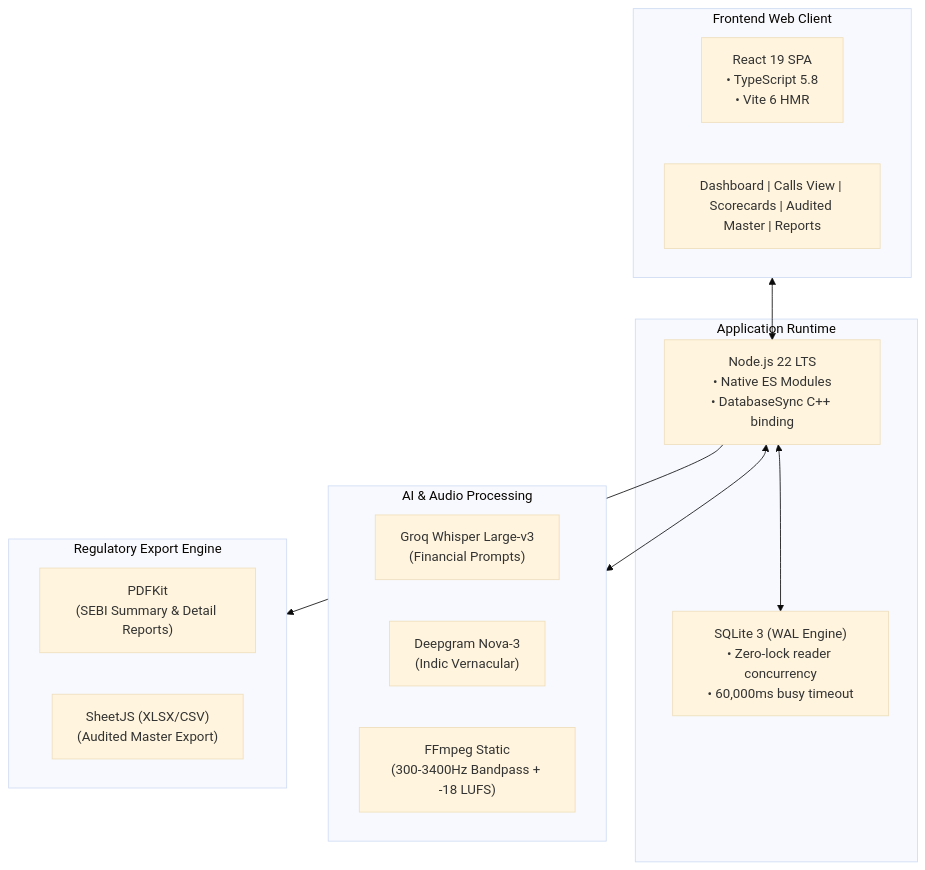
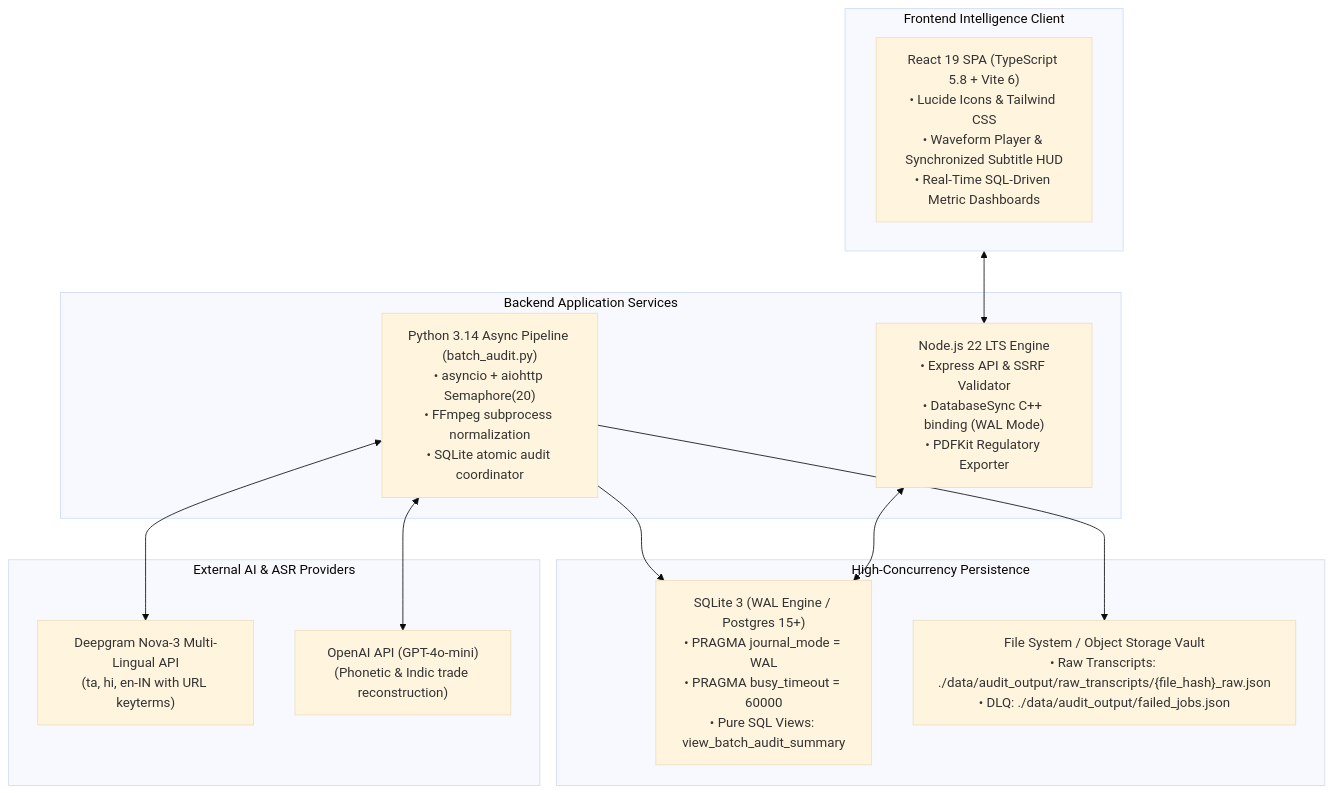
Before and after one commit to theaashutoshjha/ADAM: the eighth of 8 diagrams in ARCHITECTURE.md, drawn with Mermaid (base theme). The commit also changed other lines of this file and 10 other files, not shown here.

Commit message:
feat(pipeline): implement production Nova-3 transcription, dynamic traceable auditing, and mock data purge

````diff
--- a/ARCHITECTURE.md
+++ b/ARCHITECTURE.md
@@ -366,28 +378,28 @@
 ```mermaid
 flowchart TD
-    subgraph RUNTIME["Application Runtime"]
-        NODE["Node.js 22 LTS\n• Native ES Modules\n• DatabaseSync C++ binding"]
-        SQLITE["SQLite 3 (WAL Engine)\n• Zero-lock reader concurrency\n• 60,000ms busy timeout"]
+    subgraph RUNTIME["Backend Application Services"]
+        NODE["Node.js 22 LTS Engine\n• Express API & SSRF Validator\n• DatabaseSync C++ binding (WAL Mode)\n• PDFKit Regulatory Exporter"]
+        PYTHON["Python 3.14 Async Pipeline (batch_audit.py)\n• asyncio + aiohttp Semaphore(20)\n• FFmpeg subprocess normalization\n• SQLite atomic audit coordinator"]
     end
 
-    subgraph CLIENT["Frontend Web Client"]
-        REACT["React 19 SPA\n• TypeScript 5.8\n• Vite 6 HMR"]
-        VIEWS["Dashboard | Calls View | Scorecards | Audited Master | Reports"]
+    subgraph STORAGE["High-Concurrency Persistence"]
+        SQLITE["SQLite 3 (WAL Engine / Postgres 15+)\n• PRAGMA journal_mode = WAL\n• PRAGMA busy_timeout = 60000\n• Pure SQL Views: view_batch_audit_summary"]
+        VAULT["File System / Object Storage Vault\n• Raw Transcripts: ./data/audit_output/raw_transcripts/{file_hash}_raw.json\n• DLQ: ./data/audit_output/failed_jobs.json"]
     end
 
-    subgraph AI_DSP["AI & Audio Processing"]
-        WHISPER["Groq Whisper Large-v3\n(Financial Prompts)"]
-        NOVA["Deepgram Nova-3\n(Indic Vernacular)"]
-        FFMPEG["FFmpeg Static\n(300-3400Hz Bandpass + -18 LUFS)"]
+    subgraph CLIENT["Frontend Intelligence Client"]
+        REACT["React 19 SPA (TypeScript 5.8 + Vite 6)\n• Lucide Icons & Tailwind CSS\n• Waveform Player & Synchronized Subtitle HUD\n• Real-Time SQL-Driven Metric Dashboards"]
     end
 
-    subgraph EXPORT["Regulatory Export Engine"]
-        PDF["PDFKit\n(SEBI Summary & Detail Reports)"]
-        EXCEL["SheetJS (XLSX/CSV)\n(Audited Master Export)"]
+    subgraph EXTERNAL["External AI & ASR Providers"]
+        DEEPGRAM["Deepgram Nova-3 Multi-Lingual API\n(ta, hi, en-IN with URL keyterms)"]
+        OPENAI["OpenAI API (GPT-4o-mini)\n(Phonetic & Indic trade reconstruction)"]
     end
 
+    PYTHON <--> DEEPGRAM
+    PYTHON <--> OPENAI
+    PYTHON --> SQLITE
+    PYTHON --> VAULT
     NODE <--> SQLITE
-    NODE <--> AI_DSP
     CLIENT <--> NODE
-    NODE --> EXPORT
 ```
````
